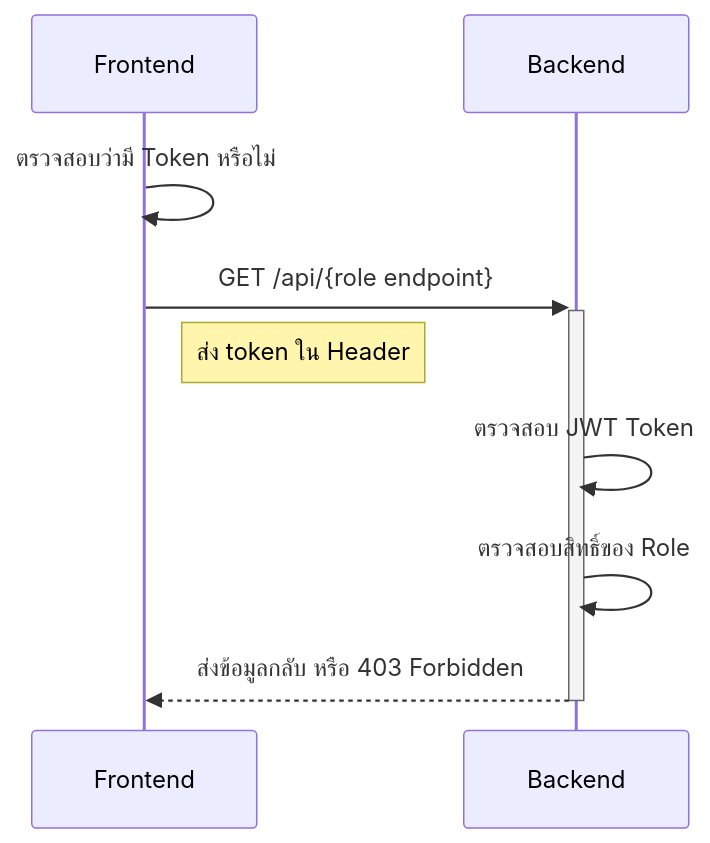
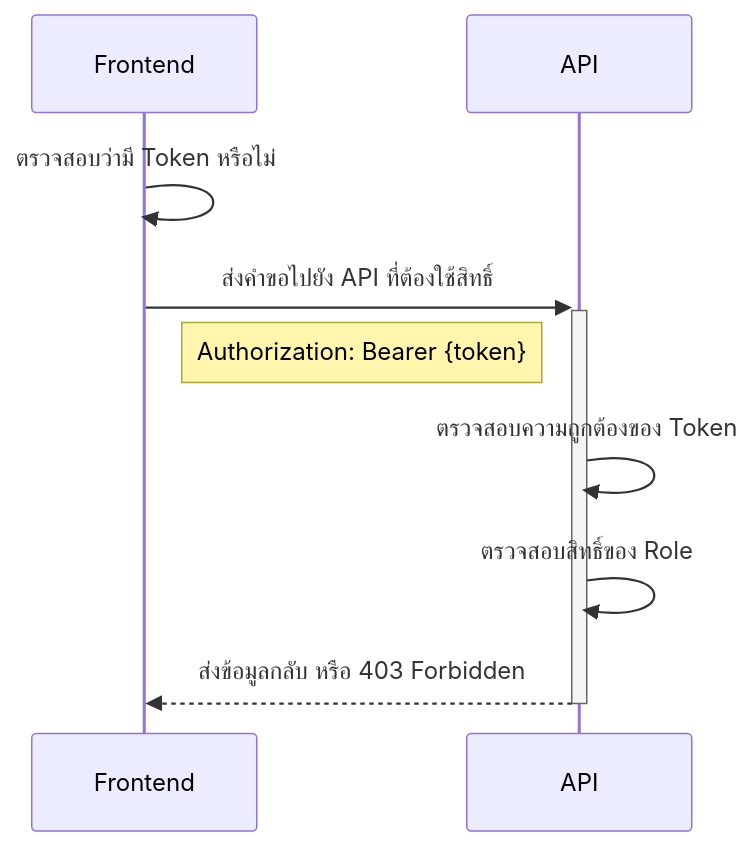
Before and after one commit to ModzabazeR/2567-2-Fullstack-Auth: the third of 3 diagrams in README.md, drawn with Mermaid. The commit also changed other lines of this file, not shown here.

````diff
--- a/README.md
+++ b/README.md
@@ -27,9 +53,9 @@
 ```mermaid
 sequenceDiagram
     Frontend->>Frontend: ตรวจสอบว่ามี Token หรือไม่
-    Frontend->>+Backend: GET /api/{role endpoint}
-    Note right of Frontend: ส่ง token ใน Header
-    Backend->>Backend: ตรวจสอบ JWT Token
-    Backend->>Backend: ตรวจสอบสิทธิ์ของ Role
-    Backend-->>-Frontend: ส่งข้อมูลกลับ หรือ 403 Forbidden
+    Frontend->>+API: ส่งคำขอไปยัง API ที่ต้องใช้สิทธิ์
+    Note right of Frontend: Authorization: Bearer {token}
+    API->>API: ตรวจสอบความถูกต้องของ Token
+    API->>API: ตรวจสอบสิทธิ์ของ Role
+    API-->>-Frontend: ส่งข้อมูลกลับ หรือ 403 Forbidden
 ```
````
